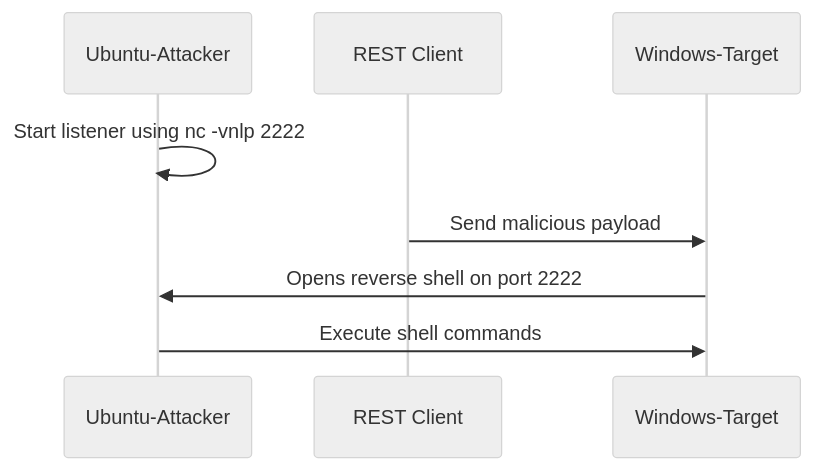
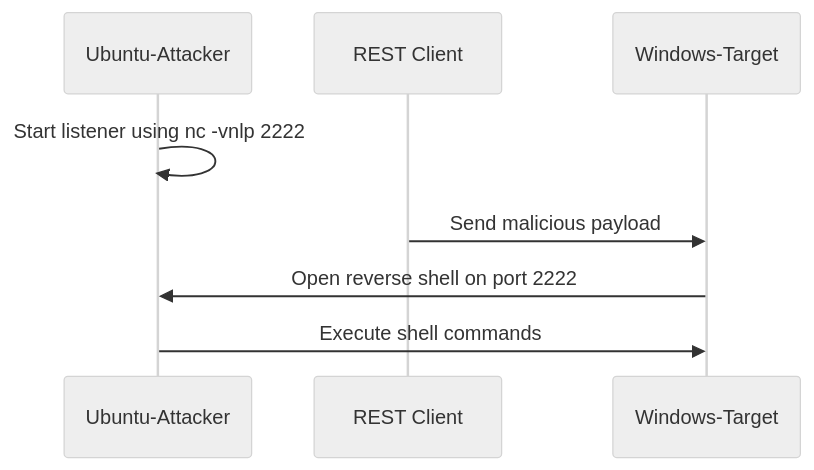
The second of 2 diagrams in docs/serialization/BinarySerialization.md (johniwasz/rce-serialization-dotnet), drawn with Mermaid (neutral theme) before and after one commit.

Commit message:
minor typo

````diff
--- a/docs/serialization/BinarySerialization.md
+++ b/docs/serialization/BinarySerialization.md
@@ -266,7 +266,7 @@
 ```mermaid
 sequenceDiagram    
     Ubuntu-Attacker->>Ubuntu-Attacker: Start listener using nc -vnlp 2222
     REST Client->>Windows-Target: Send malicious payload
-    Windows-Target->>Ubuntu-Attacker: Opens reverse shell on port 2222
+    Windows-Target->>Ubuntu-Attacker: Open reverse shell on port 2222
     Ubuntu-Attacker->>Windows-Target: Execute shell commands
 ```
````
